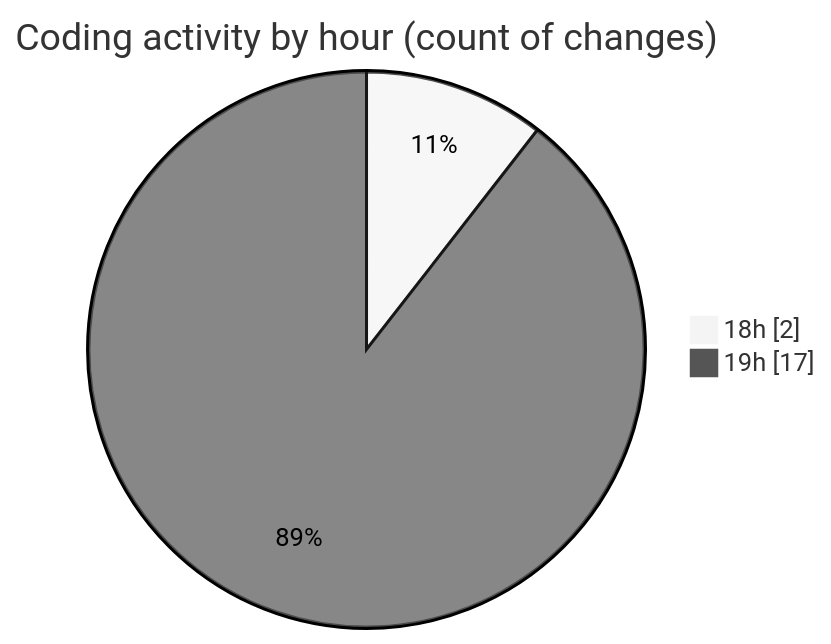
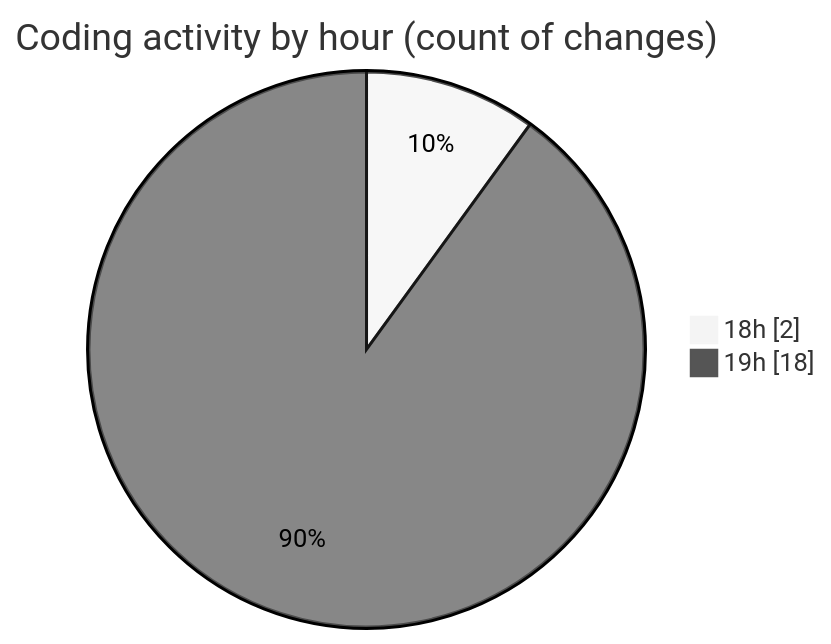
The second of 2 diagrams in 2025-04-27/back-end/README.md (Netris89/code-tracking), drawn with Mermaid (neutral theme) before and after one commit. The commit also changed other lines of this file and 1 other file, not shown here.

````diff
--- a/2025-04-27/back-end/README.md
+++ b/2025-04-27/back-end/README.md
@@ -29,6 +29,6 @@
 ```mermaid
 pie showData
 title Coding activity by hour (count of changes)
 "18h" : 2
-"19h" : 17
+"19h" : 18
 ```
````
